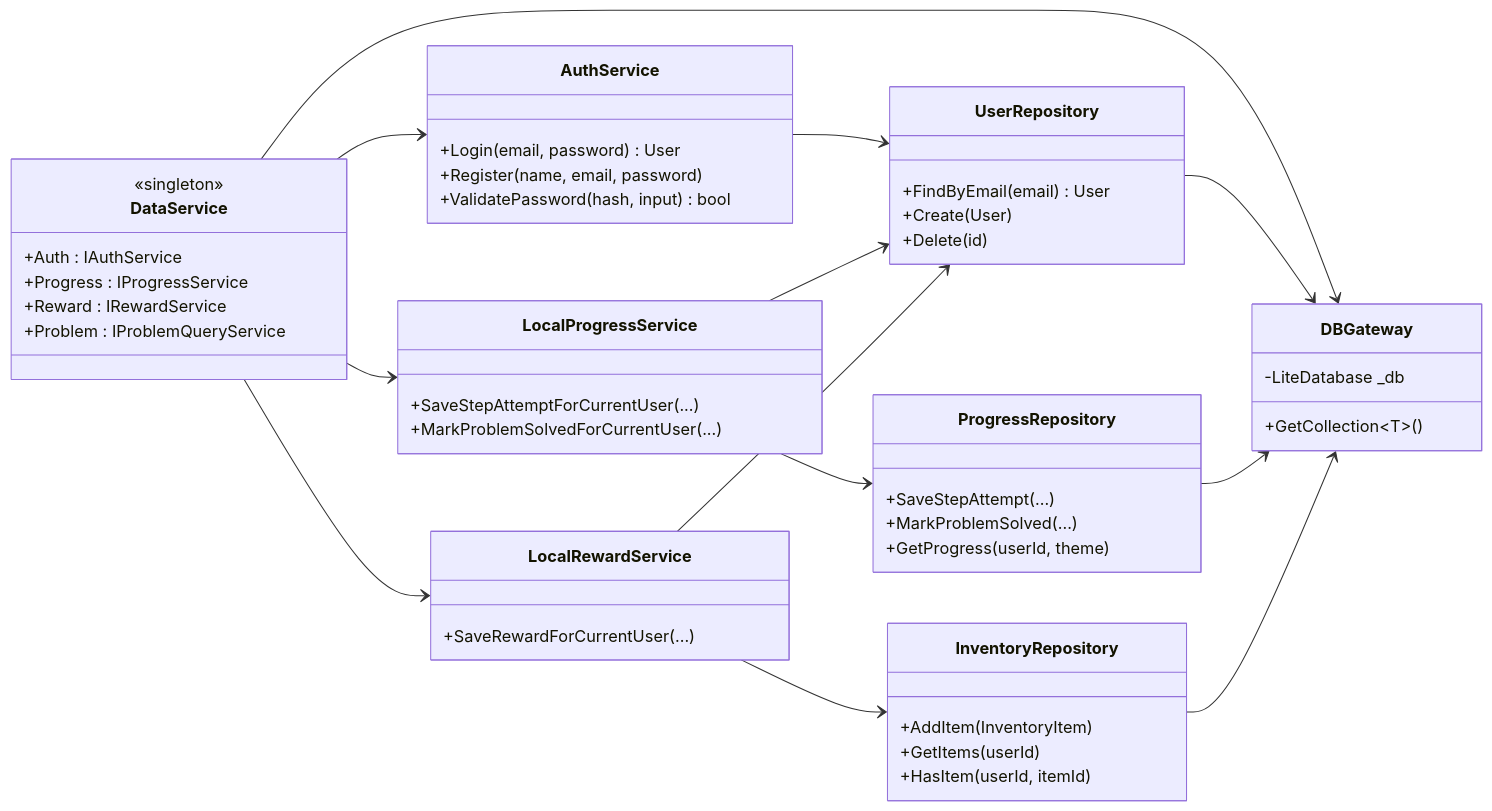
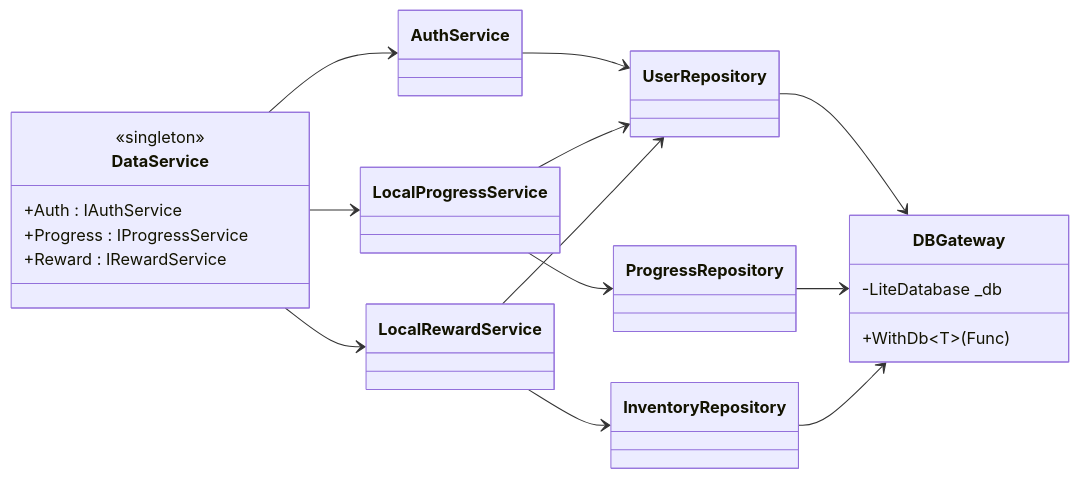
The third of 3 diagrams in README.md (junHyeong7083/Hanam_MC), drawn with Mermaid before and after one commit. The commit also changed other lines of this file, not shown here.

````diff
--- a/README.md
+++ b/README.md
@@ -308,65 +202,35 @@
 ```mermaid
 classDiagram
     direction LR
 
     class DataService {
         <<singleton>>
         +Auth : IAuthService
         +Progress : IProgressService
         +Reward : IRewardService
-        +Problem : IProblemQueryService
     }
-
     class DBGateway {
         -LiteDatabase _db
-        +GetCollection~T~()
+        +WithDb~T~(Func)
     }
+    class UserRepository
+    class ProgressRepository
+    class InventoryRepository
+    class AuthService
+    class LocalProgressService
+    class LocalRewardService
 
-    class UserRepository {
-        +FindByEmail(email) User
-        +Create(User)
-        +Delete(id)
-    }
-
-    class ProgressRepository {
-        +SaveStepAttempt(...)
-        +MarkProblemSolved(...)
-        +GetProgress(userId, theme)
-    }
-
-    class InventoryRepository {
-        +AddItem(InventoryItem)
-        +GetItems(userId)
-        +HasItem(userId, itemId)
-    }
-
-    class AuthService {
-        +Login(email, password) User
-        +Register(name, email, password)
-        +ValidatePassword(hash, input) bool
-    }
-
-    class LocalProgressService {
-        +SaveStepAttemptForCurrentUser(...)
-        +MarkProblemSolvedForCurrentUser(...)
-    }
-
-    class LocalRewardService {
-        +SaveRewardForCurrentUser(...)
-    }
-
-    DataService --> DBGateway
     DataService --> AuthService
     DataService --> LocalProgressService
     DataService --> LocalRewardService
 
     AuthService --> UserRepository
     LocalProgressService --> ProgressRepository
     LocalProgressService --> UserRepository
     LocalRewardService --> InventoryRepository
     LocalRewardService --> UserRepository
 
     UserRepository --> DBGateway
     ProgressRepository --> DBGateway
     InventoryRepository --> DBGateway
 ```
````
